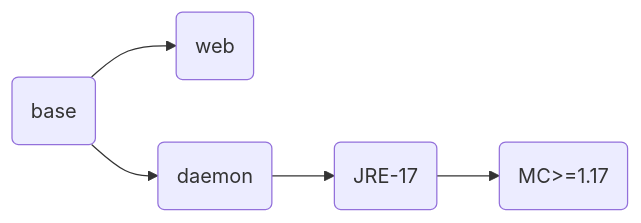
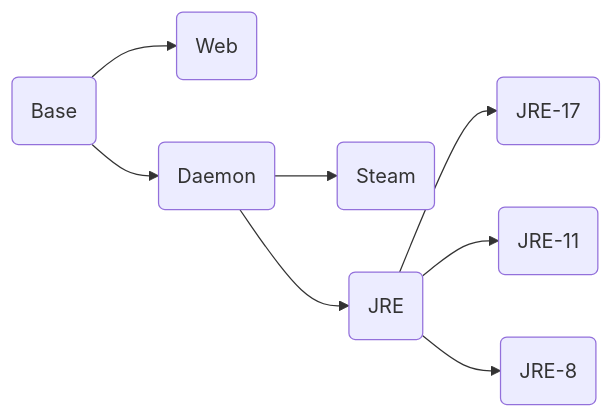
One commit to ben0i0d/mcsm-image-stacks changed the diagram in README.md. Above: the diagram before and after it, drawn with Mermaid. The commit also changed other lines of this file and 1 other file, not shown here.

````diff
--- a/README.md
+++ b/README.md
@@ -30,6 +42,10 @@
 ```mermaid
 	graph LR
-	A(base)-->B(web)
-	A-->C(daemon)
-    C-->F(JRE-17)-->I(MC>=1.17)
+	A(Base)-->B(Web)
+	A-->C(Daemon)
+	C-->D(Steam)
+    C-->F(JRE)
+	F-->G(JRE-17)
+	F-->H(JRE-11)
+	F-->I(JRE-8)
 ```
````
